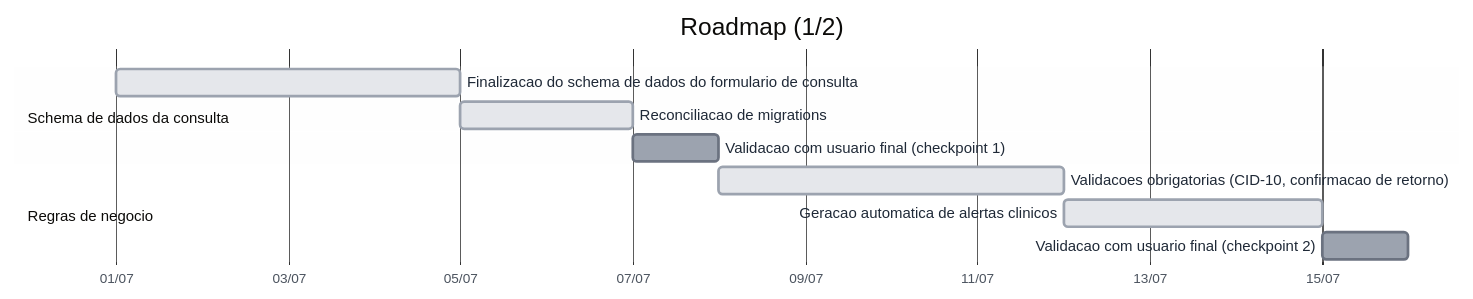
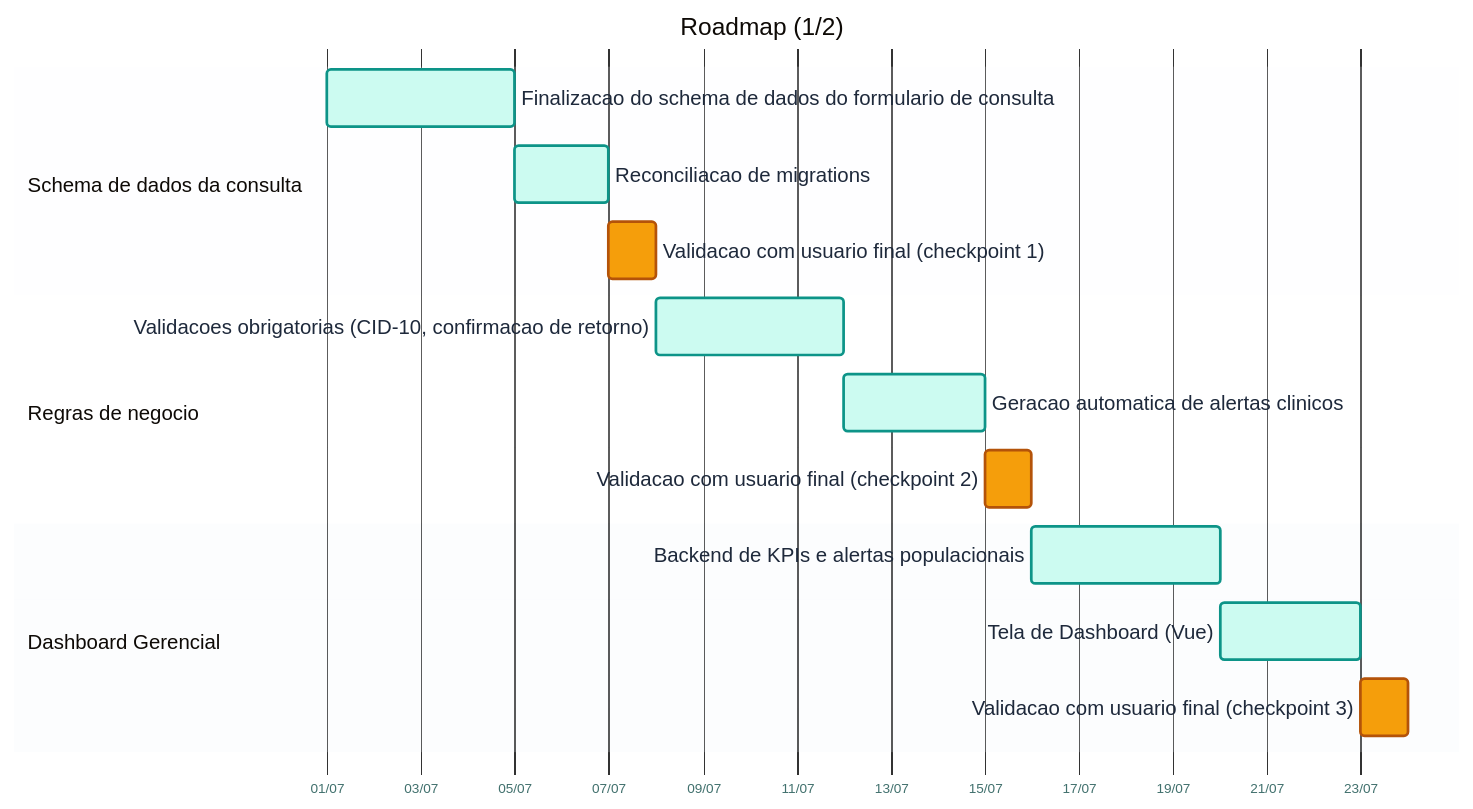
Before and after one commit to Vituriano/atendimentos: the diagram in docs/docs/assets/roadmap-gantt-1.mmd, drawn with Mermaid. The commit also changed 4 other files, not shown here.

First line of the commit message:
docs: reorganiza Gantt em 3+2 entregas, aplica cores do projeto e fonte Baloo 2

```diff
--- a/docs/docs/assets/roadmap-gantt-1.mmd
+++ b/docs/docs/assets/roadmap-gantt-1.mmd
@@ -1,40 +1,21 @@
-%%{init: {
-  "theme": "base",
-  "themeVariables": {
-    "primaryColor": "#e5e7eb",
-    "primaryTextColor": "#1f2937",
-    "primaryBorderColor": "#9ca3af",
-    "secondaryColor": "#d1d5db",
-    "tertiaryColor": "#f3f4f6",
-    "critBorderColor": "#6b7280",
-    "critBkgColor": "#9ca3af",
-    "doneBkgColor": "#9ca3af",
-    "doneBorderColor": "#6b7280",
-    "activeBkgColor": "#d1d5db",
-    "activeBorderColor": "#6b7280",
-    "taskBkgColor": "#e5e7eb",
-    "taskBorderColor": "#9ca3af",
-    "taskTextColor": "#1f2937",
-    "taskTextOutsideColor": "#1f2937",
-    "sectionBkgColor": "#f9fafb",
-    "sectionBkgColor2": "#f3f4f6",
-    "gridColor": "#d1d5db",
-    "todayLineColor": "#9ca3af",
-    "fontFamily": "Helvetica, Arial, sans-serif"
-  }
-}}%%
+%%{init: {"theme": "base", "themeVariables": {"primaryColor": "#ccfbf1", "primaryTextColor": "#134e4a", "primaryBorderColor": "#0d9488", "secondaryColor": "#99f6e4", "tertiaryColor": "#f1f5f9", "critBorderColor": "#b45309", "critBkgColor": "#f59e0b", "doneBkgColor": "#0f766e", "doneBorderColor": "#134e4a", "activeBkgColor": "#5eead4", "activeBorderColor": "#0f766e", "taskBkgColor": "#ccfbf1", "taskBorderColor": "#0d9488", "taskTextColor": "#134e4a", "taskTextOutsideColor": "#1e293b", "sectionBkgColor": "#f8fafc", "sectionBkgColor2": "#f1f5f9", "gridColor": "#e2e8f0", "todayLineColor": "#0d9488", "fontFamily": "\"Baloo 2\", sans-serif"}, "gantt": {"barHeight": 42, "barGap": 14, "topPadding": 65, "titleTopMargin": 40, "leftPadding": 230, "fontSize": 15, "sectionFontSize": 15}, "themeCSS": ".titleText { font-family: \"Baloo 2\", sans-serif; font-size: 50px !important; } text { font-family: \"Baloo 2\", sans-serif !important; }"}}%%
 gantt
     title Roadmap (1/2)
     dateFormat YYYY-MM-DD
     axisFormat %d/%m
     todayMarker off
 
     section Schema de dados da consulta
     Finalizacao do schema de dados do formulario de consulta :s1, 2026-07-01, 4d
     Reconciliacao de migrations                               :s2, after s1, 2d
     Validacao com usuario final (checkpoint 1)               :crit, v1, after s2, 1d
 
     section Regras de negocio
     Validacoes obrigatorias (CID-10, confirmacao de retorno) :b1, after v1, 4d
     Geracao automatica de alertas clinicos                   :b2, after b1, 3d
     Validacao com usuario final (checkpoint 2)               :crit, v2, after b2, 1d
+
+    section Dashboard Gerencial
+    Backend de KPIs e alertas populacionais                  :d1, after v2, 4d
+    Tela de Dashboard (Vue)                                   :d2, after d1, 3d
+    Validacao com usuario final (checkpoint 3)               :crit, v3, after d2, 1d
```
